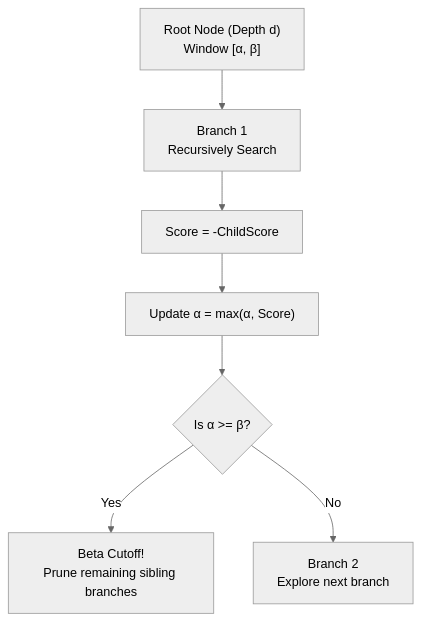
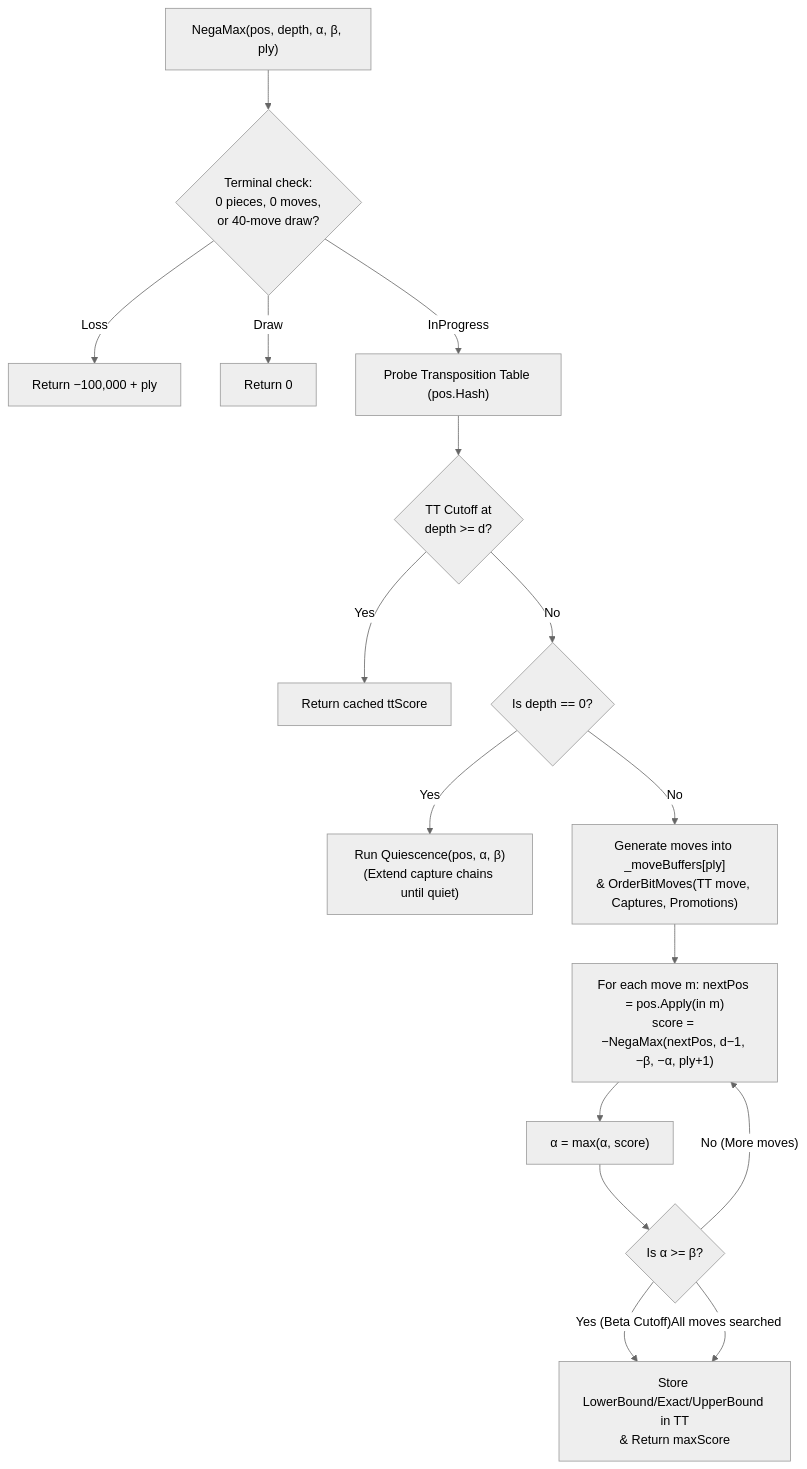
The diagram in docs/brain/07-search.md (cjp-dev/Checkers), drawn with Mermaid (neutral theme) before and after one commit. The commit also changed other lines of this file and 19 other files, not shown here.

````diff
--- a/docs/brain/07-search.md
+++ b/docs/brain/07-search.md
@@ -24,9 +26,18 @@
 ```mermaid
 flowchart TD
-    Root["Root Node (Depth d)<br/>Window [α, β]"] --> Child1["Branch 1<br/>Recursively Search"]
-    Child1 --> Score1["Score = -ChildScore"]
-    Score1 --> UpdateAlpha["Update α = max(α, Score)"]
+    Entry["NegaMax(pos, depth, α, β, ply)"] --> Term{"Terminal check:<br/>0 pieces, 0 moves,<br/>or 40-move draw?"}
+    Term -- "Loss" --> RetLoss["Return −100,000 + ply"]
+    Term -- "Draw" --> RetDraw["Return 0"]
+    Term -- "InProgress" --> TTProbe["Probe Transposition Table (pos.Hash)"]
+    TTProbe --> TTCut{"TT Cutoff at<br/>depth >= d?"}
+    TTCut -- "Yes" --> RetTT["Return cached ttScore"]
+    TTCut -- "No" --> Depth0{"Is depth == 0?"}
+    Depth0 -- "Yes" --> Quiesce["Run Quiescence(pos, α, β)<br/>(Extend capture chains until quiet)"]
+    Depth0 -- "No" --> GenOrder["Generate moves into _moveBuffers[ply]<br/>& OrderBitMoves(TT move, Captures, Promotions)"]
+    GenOrder --> Loop["For each move m: nextPos = pos.Apply(in m)<br/>score = −NegaMax(nextPos, d−1, −β, −α, ply+1)"]
+    Loop --> UpdateAlpha["α = max(α, score)"]
     UpdateAlpha --> Cutoff{"Is α >= β?"}
-    Cutoff -- "Yes" --> Prune["Beta Cutoff!<br/>Prune remaining sibling branches"]
-    Cutoff -- "No" --> Child2["Branch 2<br/>Explore next branch"]
+    Cutoff -- "Yes (Beta Cutoff)" --> StoreTT["Store LowerBound/Exact/UpperBound in TT<br/>& Return maxScore"]
+    Cutoff -- "No (More moves)" --> Loop
+    Cutoff -- "All moves searched" --> StoreTT
 ```
````
